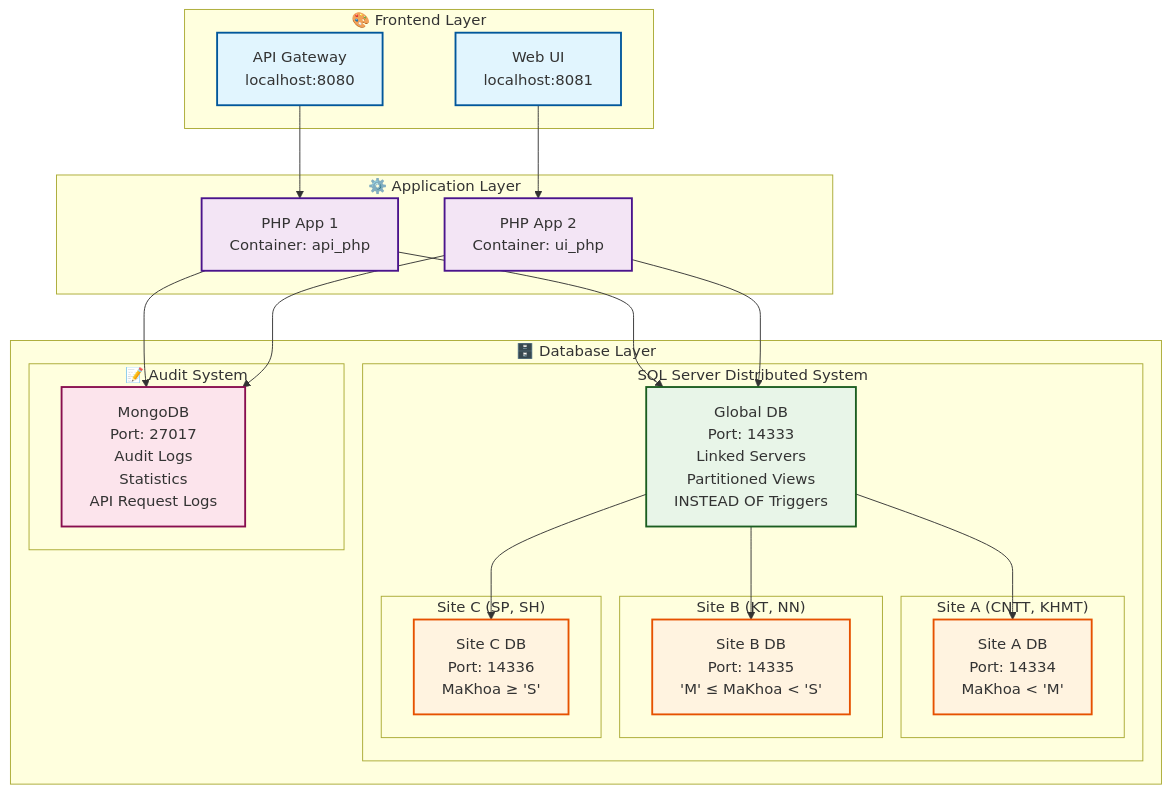
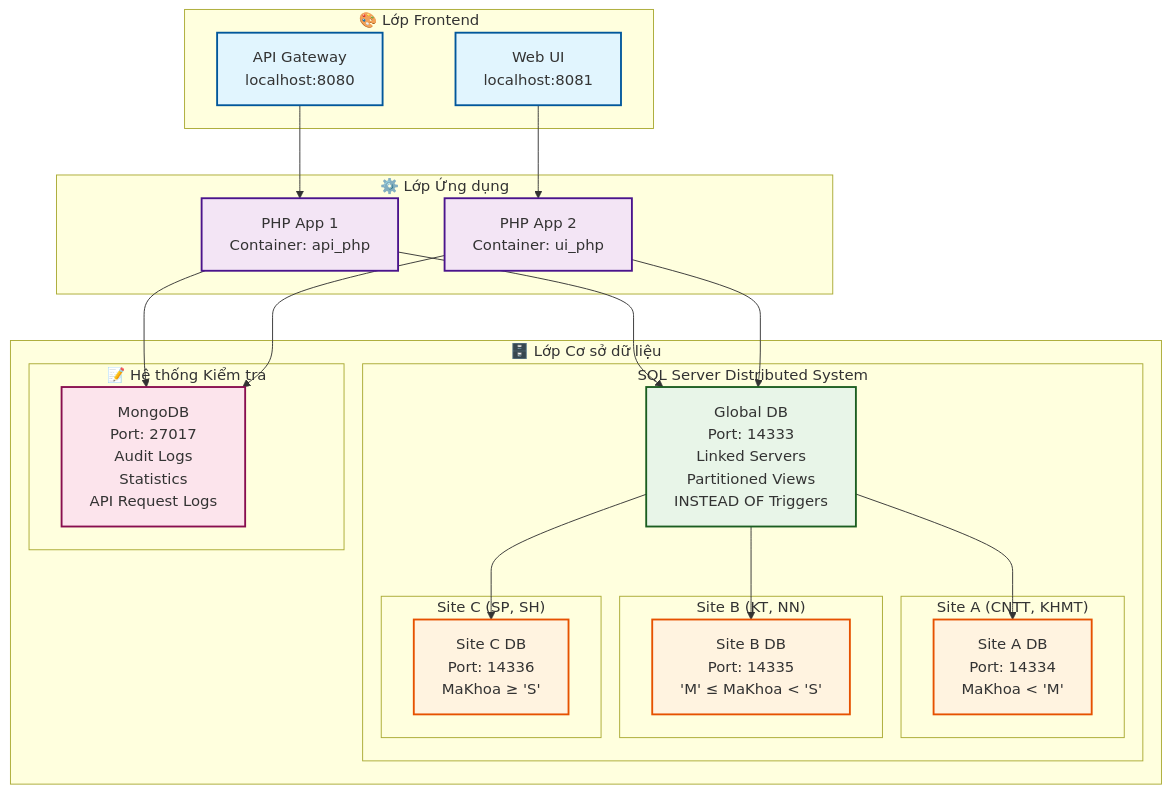
The diagram in README.md (TienxDun/Distributed_Database), drawn with Mermaid before and after one commit. The commit also changed other lines of this file, not shown here.

````diff
--- a/README.md
+++ b/README.md
@@ -57,63 +43,63 @@
 ```mermaid
 graph TB
     %% User Interface
-    subgraph "🎨 Frontend Layer"
+    subgraph "🎨 Lớp Frontend"
         UI[Web UI<br/>localhost:8081]
         API[API Gateway<br/>localhost:8080]
     end
 
     %% Application Layer
-    subgraph "⚙️ Application Layer"
+    subgraph "⚙️ Lớp Ứng dụng"
         PHP1[PHP App 1<br/>Container: api_php]
         PHP2[PHP App 2<br/>Container: ui_php]
     end
 
     %% Database Layer
-    subgraph "🗄️ Database Layer"
+    subgraph "🗄️ Lớp Cơ sở dữ liệu"
         subgraph "SQL Server Distributed System"
             GLOBAL[Global DB<br/>Port: 14333<br/>Linked Servers<br/>Partitioned Views<br/>INSTEAD OF Triggers]
 
             subgraph "Site A (CNTT, KHMT)"
                 SITE_A[Site A DB<br/>Port: 14334<br/>MaKhoa < 'M']
             end
 
             subgraph "Site B (KT, NN)"
                 SITE_B[Site B DB<br/>Port: 14335<br/>'M' ≤ MaKhoa < 'S']
             end
 
             subgraph "Site C (SP, SH)"
                 SITE_C[Site C DB<br/>Port: 14336<br/>MaKhoa ≥ 'S']
             end
         end
 
-        subgraph "📝 Audit System"
+        subgraph "📝 Hệ thống Kiểm tra"
             MONGO[MongoDB<br/>Port: 27017<br/>Audit Logs<br/>Statistics<br/>API Request Logs]
         end
     end
 
     %% Data Flow
     UI --> PHP2
     API --> PHP1
     PHP1 --> GLOBAL
     PHP2 --> GLOBAL
 
     GLOBAL --> SITE_A
     GLOBAL --> SITE_B
     GLOBAL --> SITE_C
 
     PHP1 --> MONGO
     PHP2 --> MONGO
 
     %% Styling
     classDef frontend fill:#e1f5fe,stroke:#01579b,stroke-width:2px
     classDef app fill:#f3e5f5,stroke:#4a148c,stroke-width:2px
     classDef db fill:#e8f5e8,stroke:#1b5e20,stroke-width:2px
     classDef site fill:#fff3e0,stroke:#e65100,stroke-width:2px
     classDef mongo fill:#fce4ec,stroke:#880e4f,stroke-width:2px
 
     class UI,API frontend
     class PHP1,PHP2 app
     class GLOBAL db
     class SITE_A,SITE_B,SITE_C site
     class MONGO mongo
 ```
````
